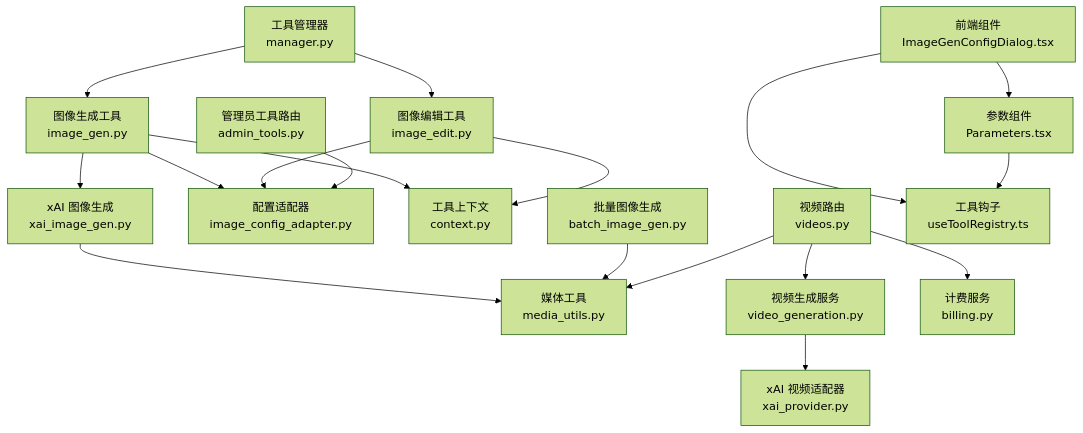
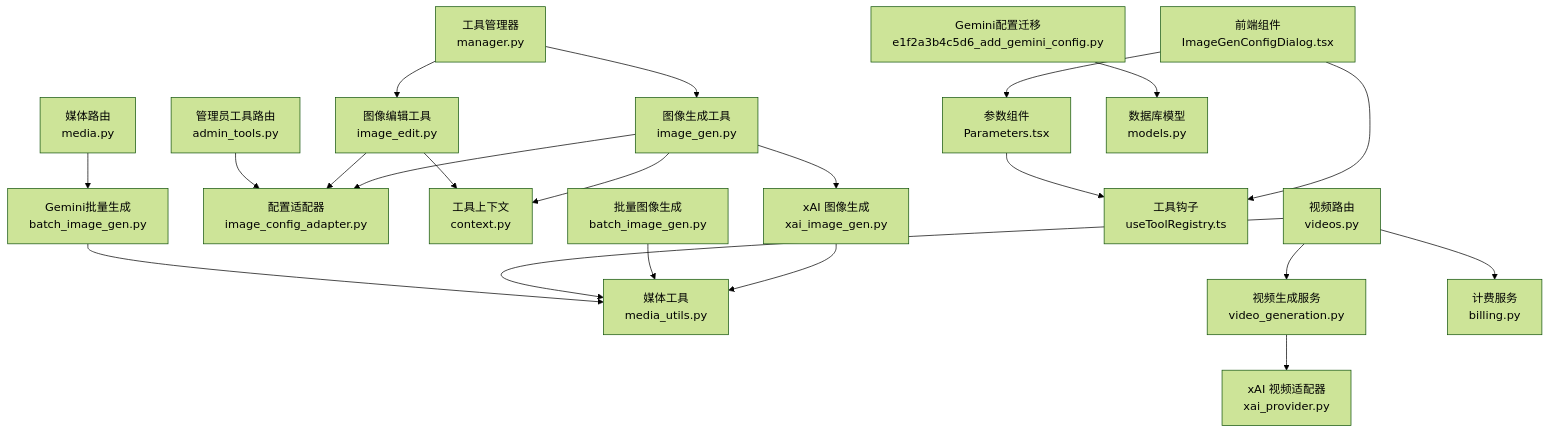
One commit to KunLabAI/KunFlix changed diagram 14 of 14 in .qoder/repowiki/zh/content/后端服务架构/业务服务层/媒体生成服务/图像生成系统/图像生成系统.md. Above: the diagram before and after it, drawn with Mermaid (forest theme). The commit also changed other lines of this file and 10 other files, not shown here.

First line of the commit message:
feat(gemini): 新增Gemini Nano Banana图像生成功能及编辑支持

````diff
--- a/.qoder/repowiki/zh/content/后端服务架构/业务服务层/媒体生成服务/图像生成系统/图像生成系统.md
+++ b/.qoder/repowiki/zh/content/后端服务架构/业务服务层/媒体生成服务/图像生成系统/图像生成系统.md
@@ -574,20 +689,23 @@
 ```mermaid
 graph TB
 Tools["图像生成工具<br/>image_gen.py"] --> XAI["xAI 图像生成<br/>xai_image_gen.py"]
 Tools --> Adapter["配置适配器<br/>image_config_adapter.py"]
 Tools --> Context["工具上下文<br/>context.py"]
 Edit["图像编辑工具<br/>image_edit.py"] --> Adapter
 Edit --> Context
 XAI --> Media["媒体工具<br/>media_utils.py"]
 Batch["批量图像生成<br/>batch_image_gen.py"] --> Media
 Router["视频路由<br/>videos.py"] --> VGen["视频生成服务<br/>video_generation.py"]
 VGen --> XAIProv["xAI 视频适配器<br/>xai_provider.py"]
 Router --> Billing["计费服务<br/>billing.py"]
 Router --> Media
 Frontend["前端组件<br/>ImageGenConfigDialog.tsx"] --> Hook["工具钩子<br/>useToolRegistry.ts"]
 Frontend --> Params["参数组件<br/>Parameters.tsx"]
 Params --> Hook
 AdminRouter["管理员工具路由<br/>admin_tools.py"] --> Adapter
 Manager["工具管理器<br/>manager.py"] --> Tools
 Manager --> Edit
+GeminiBatch["Gemini批量生成<br/>batch_image_gen.py"] --> Media
+GeminiRoute["媒体路由<br/>media.py"] --> GeminiBatch
+Migration["Gemini配置迁移<br/>e1f2a3b4c5d6_add_gemini_config.py"] --> Models["数据库模型<br/>models.py"]
 ```
````
